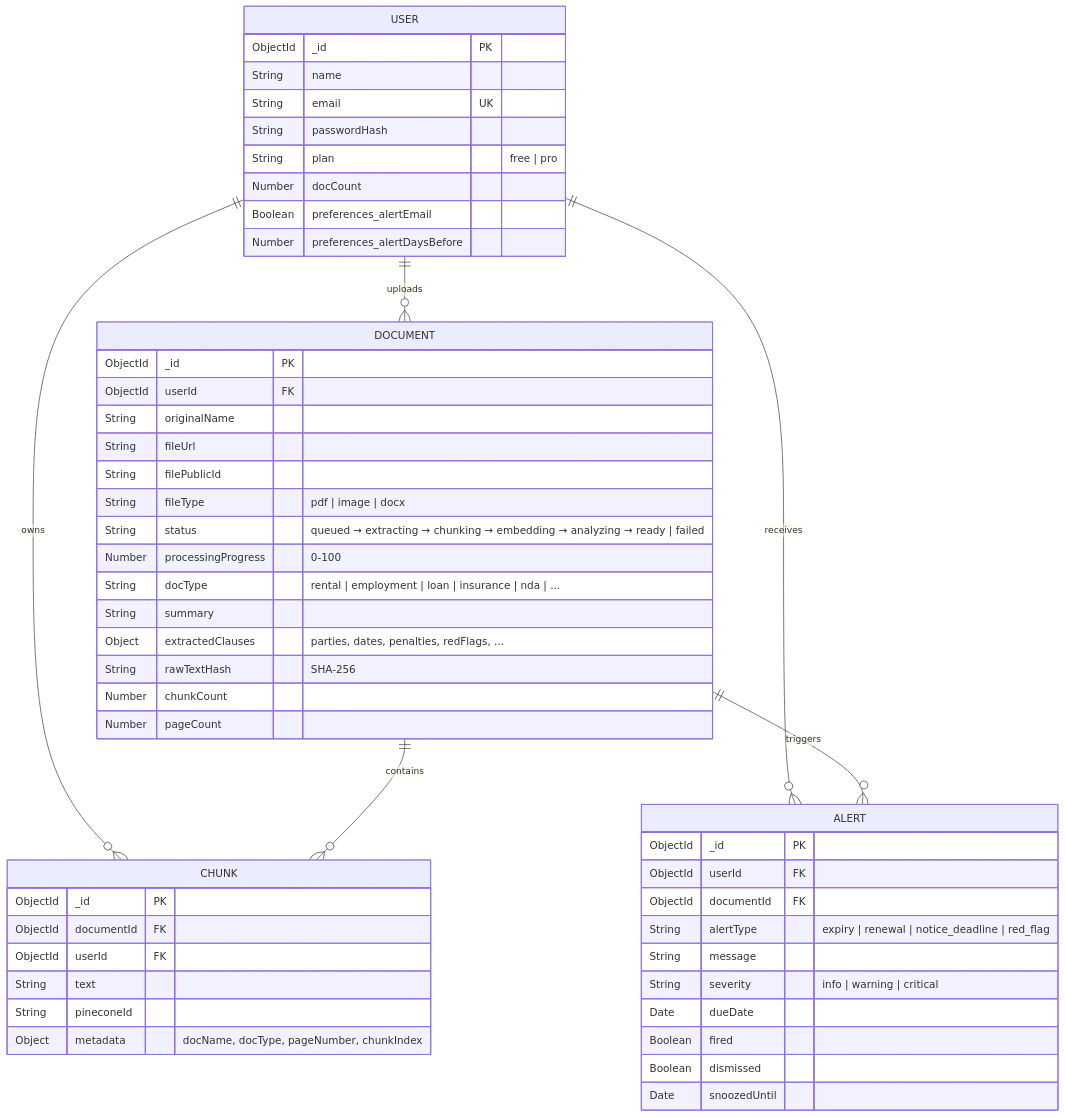
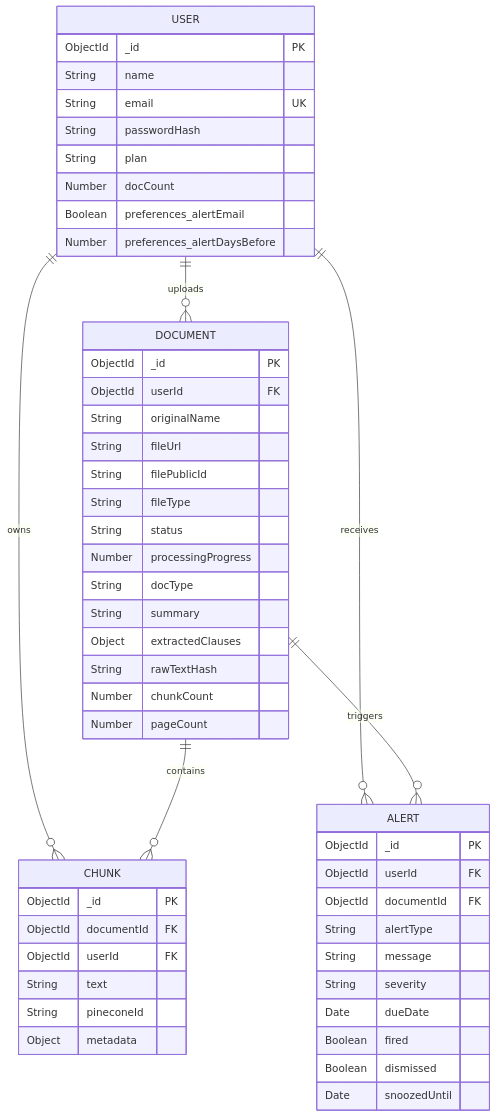
One commit to AniketB26/What-I-Signed changed the ninth of 9 diagrams in README.md. Above: the diagram before and after it, drawn with Mermaid. The commit also changed other lines of this file, not shown here.

Commit message:
docs: fix all mermaid diagram rendering issues

````diff
--- a/README.md
+++ b/README.md
@@ -626,58 +626,58 @@
 ```mermaid
 erDiagram
     USER ||--o{ DOCUMENT : "uploads"
     USER ||--o{ CHUNK : "owns"
     USER ||--o{ ALERT : "receives"
     DOCUMENT ||--o{ CHUNK : "contains"
     DOCUMENT ||--o{ ALERT : "triggers"
 
     USER {
         ObjectId _id PK
         String name
         String email UK
         String passwordHash
-        String plan "free | pro"
+        String plan
         Number docCount
         Boolean preferences_alertEmail
         Number preferences_alertDaysBefore
     }
 
     DOCUMENT {
         ObjectId _id PK
         ObjectId userId FK
         String originalName
         String fileUrl
         String filePublicId
-        String fileType "pdf | image | docx"
-        String status "queued → extracting → chunking → embedding → analyzing → ready | failed"
-        Number processingProgress "0-100"
-        String docType "rental | employment | loan | insurance | nda | ..."
+        String fileType
+        String status
+        Number processingProgress
+        String docType
         String summary
-        Object extractedClauses "parties, dates, penalties, redFlags, ..."
-        String rawTextHash "SHA-256"
+        Object extractedClauses
+        String rawTextHash
         Number chunkCount
         Number pageCount
     }
 
     CHUNK {
         ObjectId _id PK
         ObjectId documentId FK
         ObjectId userId FK
         String text
         String pineconeId
-        Object metadata "docName, docType, pageNumber, chunkIndex"
+        Object metadata
     }
 
     ALERT {
         ObjectId _id PK
         ObjectId userId FK
         ObjectId documentId FK
-        String alertType "expiry | renewal | notice_deadline | red_flag"
+        String alertType
         String message
-        String severity "info | warning | critical"
+        String severity
         Date dueDate
         Boolean fired
         Boolean dismissed
         Date snoozedUntil
     }
 ```
````
